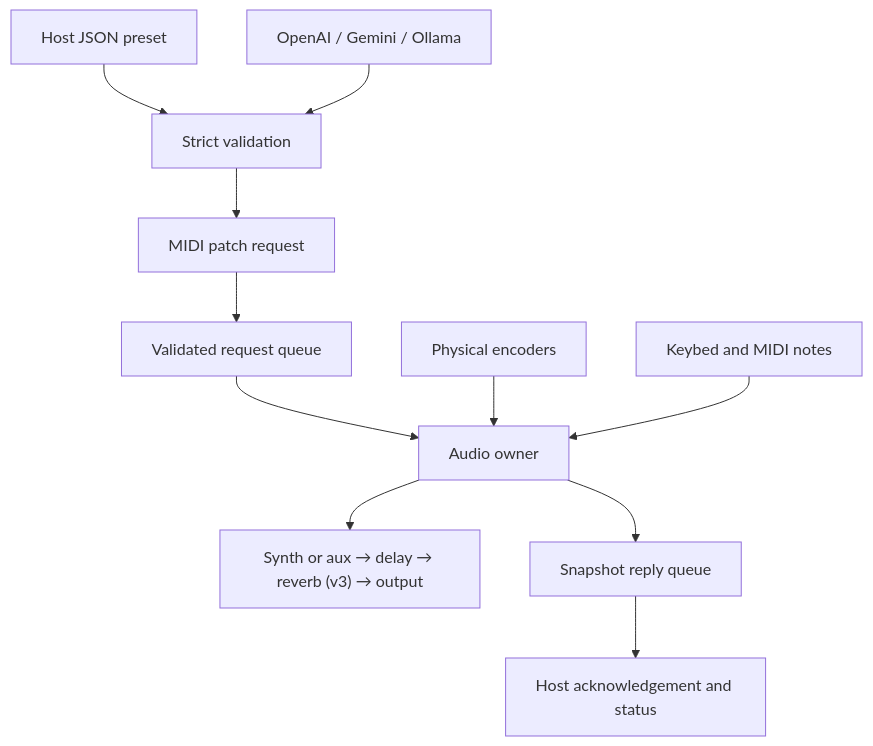
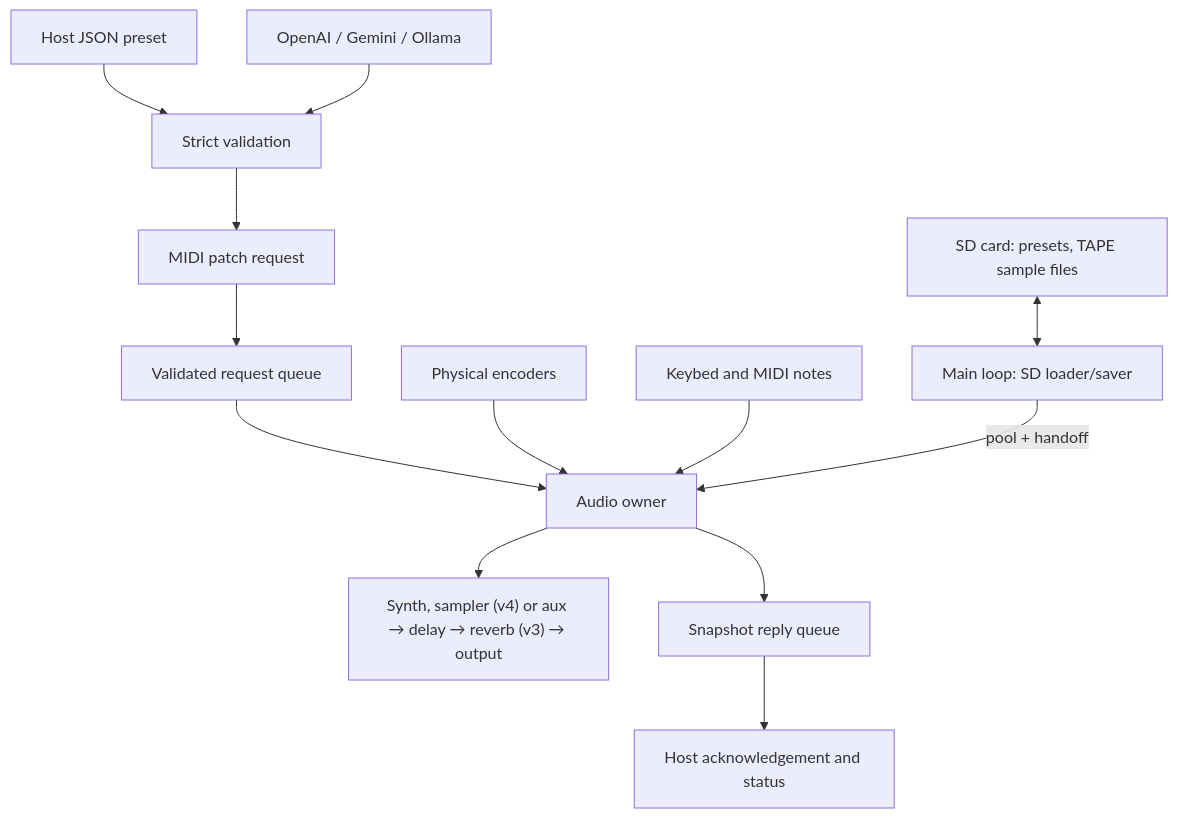
One commit to DCDominguez/CHOMPI changed the diagram in docs/forge/ARCHITECTURE.md. Above: the diagram before and after it, drawn with Mermaid. The commit also changed other lines of this file and 16 other files, not shown here.

````diff
--- a/docs/forge/ARCHITECTURE.md
+++ b/docs/forge/ARCHITECTURE.md
@@ -19,13 +20,15 @@
 ```mermaid
 flowchart TD
     Preset["Host JSON preset"] --> Validate["Strict validation"]
     Model["OpenAI / Gemini / Ollama"] --> Validate
     Validate --> MIDI["MIDI patch request"]
     MIDI --> Queue["Validated request queue"]
     Queue --> Audio["Audio owner"]
     Knobs["Physical encoders"] --> Audio
     Keys["Keybed and MIDI notes"] --> Audio
-    Audio --> DSP["Synth or aux → delay → reverb (v3) → output"]
+    Audio --> DSP["Synth, sampler (v4) or aux → delay → reverb (v3) → output"]
+    Card["SD card: presets, TAPE sample files"] <--> Main["Main loop: SD loader/saver"]
+    Main -->|"pool + handoff"| Audio
     Audio --> Reply["Snapshot reply queue"]
     Reply --> Host["Host acknowledgement and status"]
 ```
````
